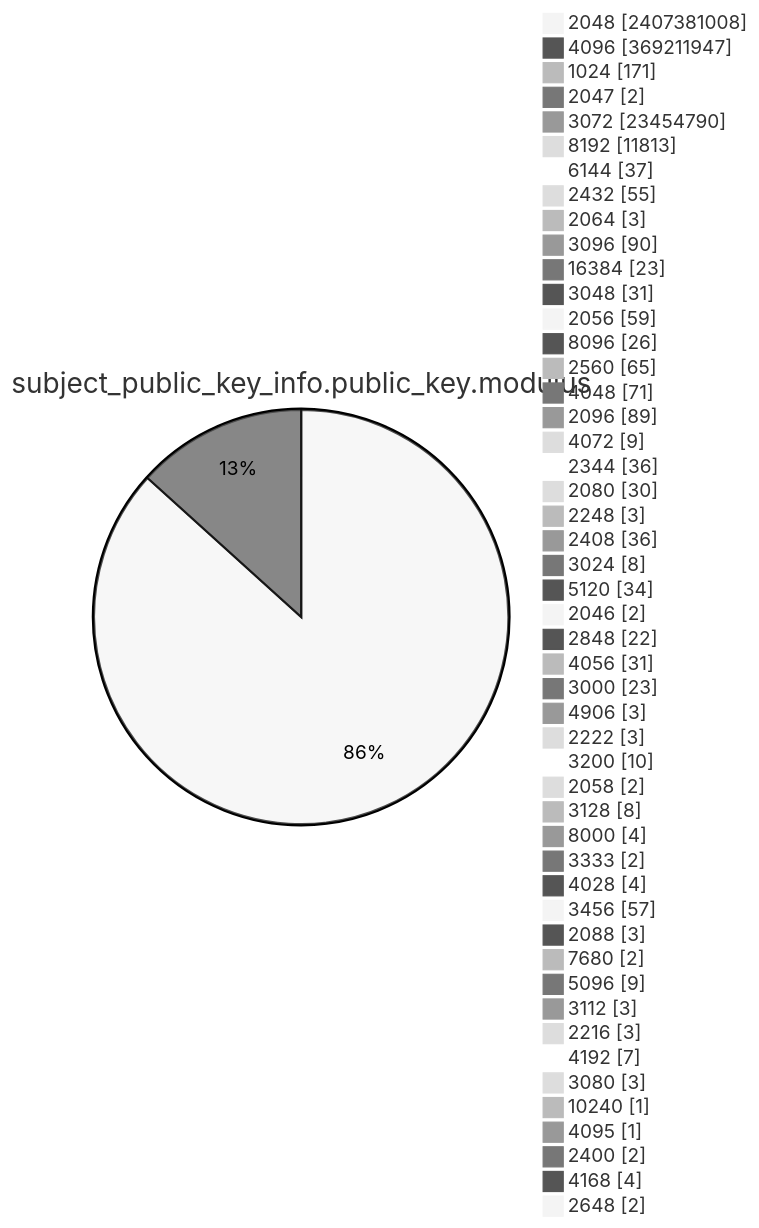
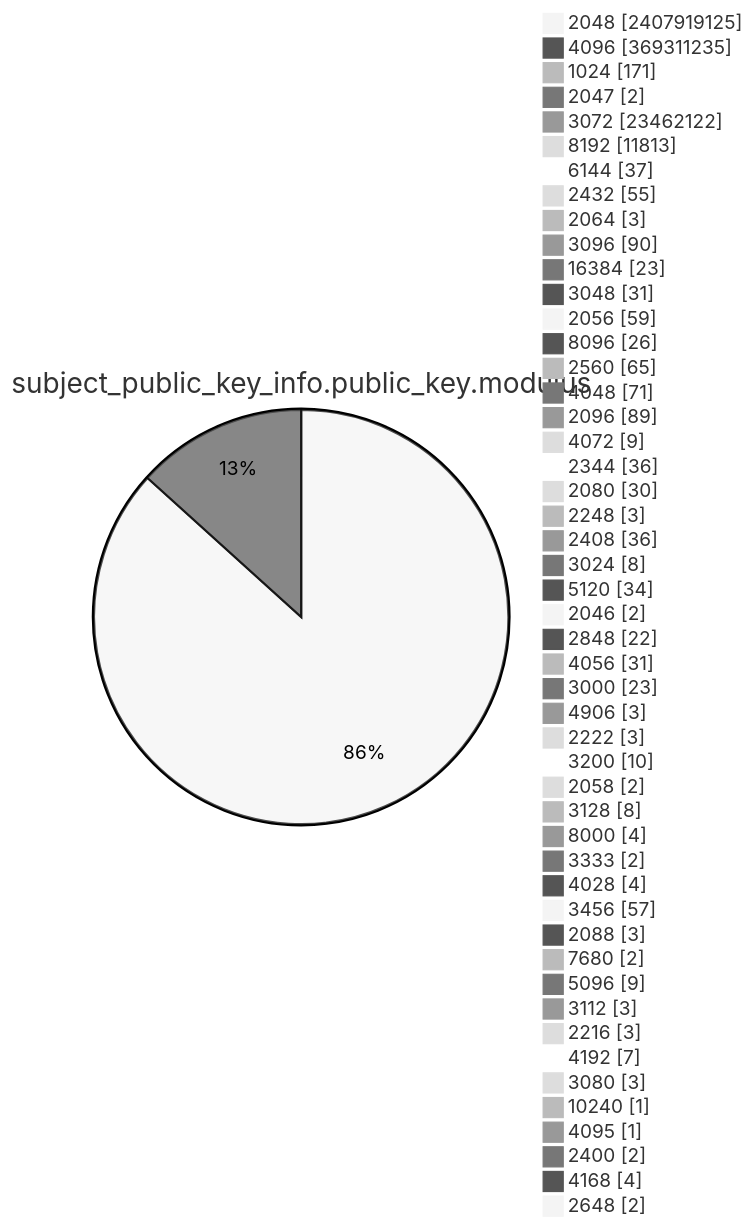
One commit to christiankrug/ctmonitor_visualization changed diagram 13 of 15 in TOTAL/README.md. Above: the diagram before and after it, drawn with Mermaid (neutral theme). The commit also changed other lines of this file, not shown here.

````diff
--- a/TOTAL/README.md
+++ b/TOTAL/README.md
@@ -4167,53 +4167,53 @@
 ```mermaid
 pie showData
 title subject_public_key_info.public_key.modulus
-"2048" :2407381008
-"4096" :369211947
+"2048" :2407919125
+"4096" :369311235
 "1024" :171
 "2047" :2
-"3072" :23454790
+"3072" :23462122
 "8192" :11813
 "6144" :37
 "2432" :55
 "2064" :3
 "3096" :90
 "16384" :23
 "3048" :31
 "2056" :59
 "8096" :26
 "2560" :65
 "4048" :71
 "2096" :89
 "4072" :9
 "2344" :36
 "2080" :30
 "2248" :3
 "2408" :36
 "3024" :8
 "5120" :34
 "2046" :2
 "2848" :22
 "4056" :31
 "3000" :23
 "4906" :3
 "2222" :3
 "3200" :10
 "2058" :2
 "3128" :8
 "8000" :4
 "3333" :2
 "4028" :4
 "3456" :57
 "2088" :3
 "7680" :2
 "5096" :9
 "3112" :3
 "2216" :3
 "4192" :7
 "3080" :3
 "10240" :1
 "4095" :1
 "2400" :2
 "4168" :4
 "2648" :2
 ```
````
